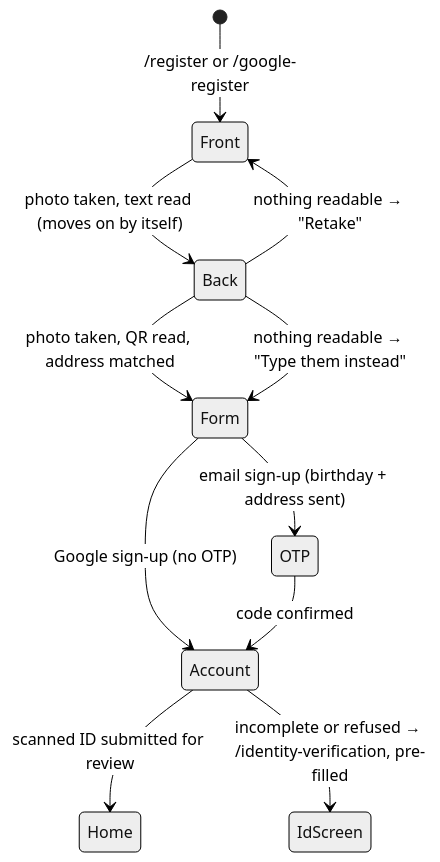
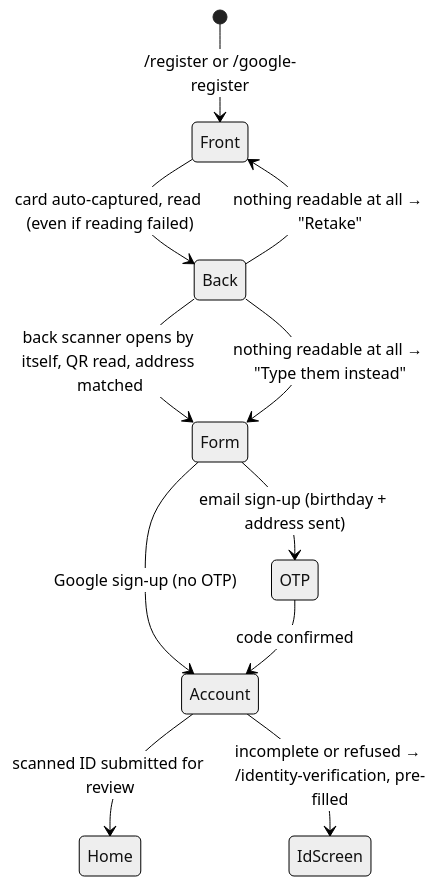
The diagram in SkillServe-Vault/05 - Features & Modules/Client Mobile/Mobile Sign-up with National ID Scan.md (EarlCao/skillserve-web-root), drawn with Mermaid (neutral theme) before and after one commit. The commit also changed other lines of this file and 1 other file, not shown here.

Commit message:
docs: auto-capturing National ID scanner and the release-build fix

````diff
--- a/SkillServe-Vault/05 - Features & Modules/Client Mobile/Mobile Sign-up with National ID Scan.md
+++ b/SkillServe-Vault/05 - Features & Modules/Client Mobile/Mobile Sign-up with National ID Scan.md
@@ -17,13 +17,13 @@
 ```mermaid
 stateDiagram-v2
   [*] --> Front : /register or /google-register
-  Front --> Back : photo taken, text read (moves on by itself)
-  Back --> Form : photo taken, QR read, address matched
-  Back --> Front : nothing readable → "Retake"
-  Back --> Form : nothing readable → "Type them instead"
+  Front --> Back : card auto-captured, read (even if reading failed)
+  Back --> Form : back scanner opens by itself, QR read, address matched
+  Back --> Front : nothing readable at all → "Retake"
+  Back --> Form : nothing readable at all → "Type them instead"
   Form --> OTP : email sign-up (birthday + address sent)
   Form --> Account : Google sign-up (no OTP)
   OTP --> Account : code confirmed
   Account --> Home : scanned ID submitted for review
   Account --> IdScreen : incomplete or refused → /identity-verification, pre-filled
 ```
````
